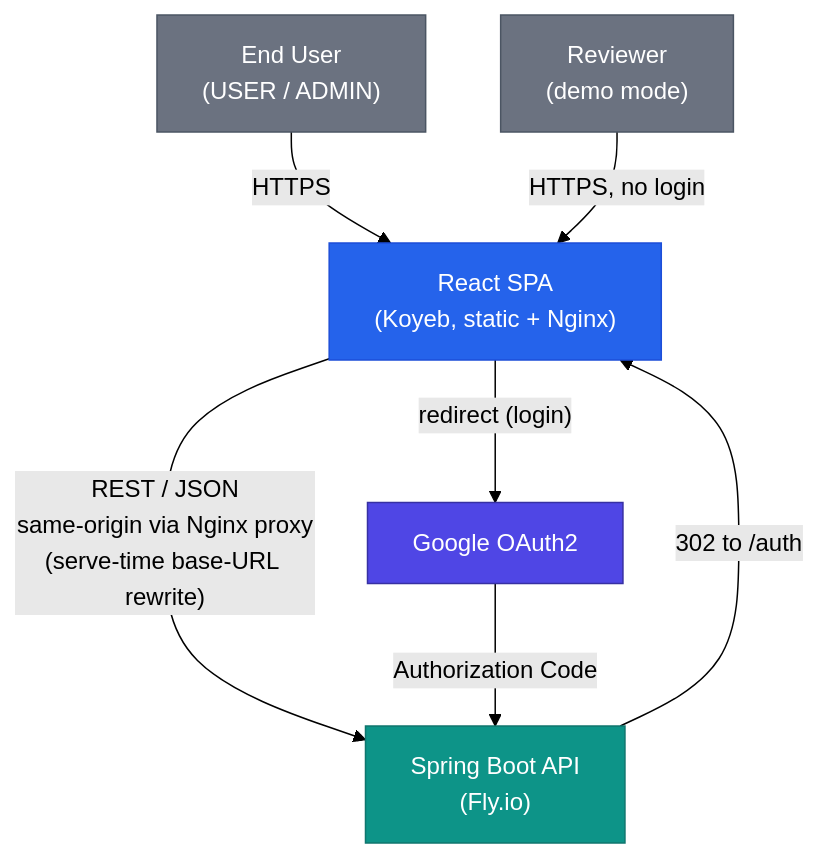
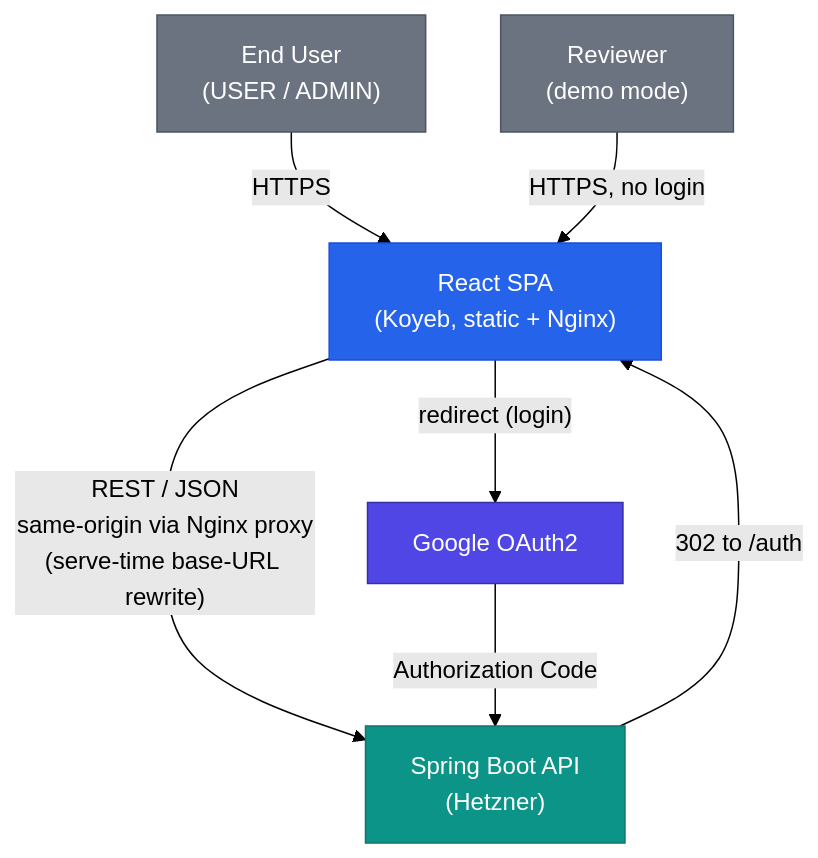
One commit to Keglev/inventory-service changed the diagram in docs/frontend/architecture/03-context.md. Above: the diagram before and after it, drawn with Mermaid (forest theme). The commit also changed other lines of this file and 19 other files, not shown here.

First line of the commit message:
docs(arc42): describe the Hetzner deployment across the architecture docs (#30)

````diff
--- a/docs/frontend/architecture/03-context.md
+++ b/docs/frontend/architecture/03-context.md
@@ -23,20 +23,20 @@
 ```mermaid
 graph TB
     User["End User\n(USER / ADMIN)"]:::actor
     Reviewer["Reviewer\n(demo mode)"]:::actor
     SPA["React SPA\n(Koyeb, static + Nginx)"]:::controller
-    Backend["Spring Boot API\n(Fly.io)"]:::service
+    Backend["Spring Boot API\n(Hetzner)"]:::service
     OAuth["Google OAuth2"]:::external
 
     User     -->|"HTTPS"| SPA
     Reviewer -->|"HTTPS, no login"| SPA
     SPA      -->|"REST / JSON\nsame-origin via Nginx proxy\n(serve-time base-URL rewrite)"| Backend
     SPA      -->|"redirect (login)"| OAuth
     OAuth    -->|"Authorization Code"| Backend
     Backend  -->|"302 to /auth"| SPA
 
     classDef actor      fill:#6b7280,color:#fff,stroke:#4b5563;
     classDef controller fill:#2563eb,color:#fff,stroke:#1d4ed8;
     classDef service    fill:#0d9488,color:#fff,stroke:#0f766e;
     classDef external   fill:#4f46e5,color:#fff,stroke:#3730a3;
 ```
````
